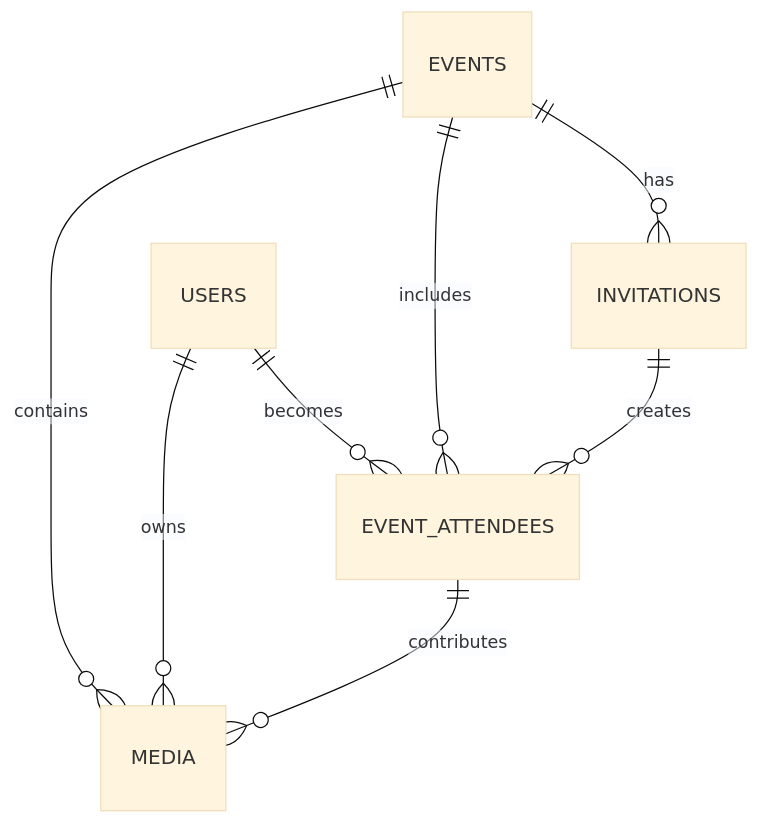
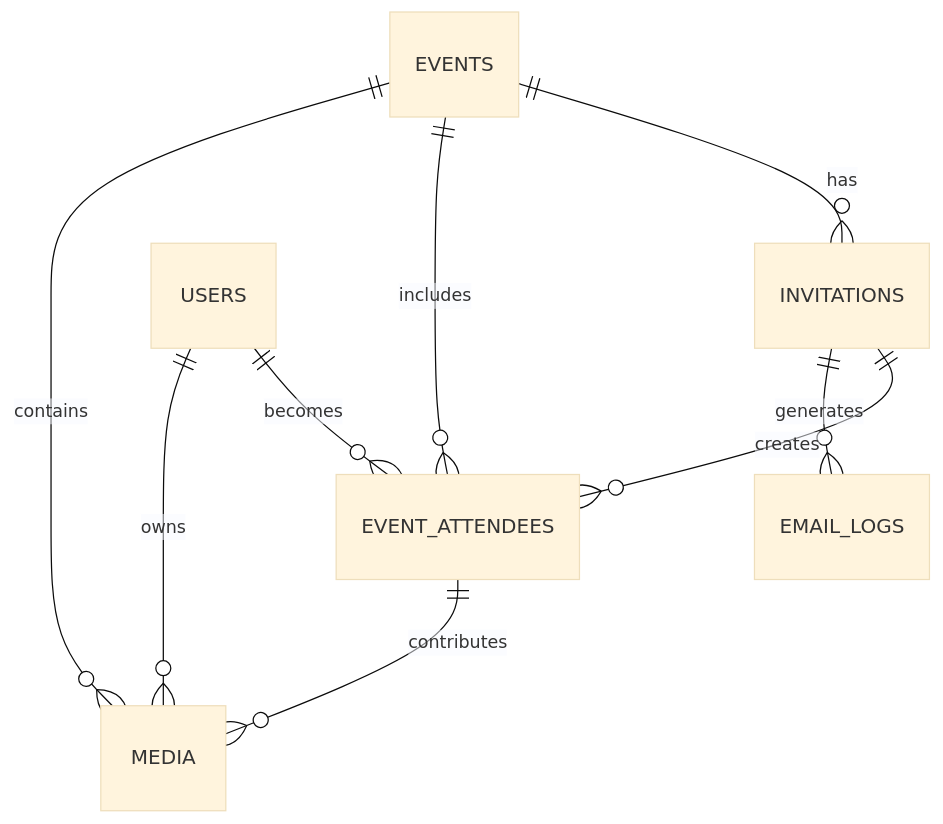
Before and after one commit to mrj0nesmtl/cloud-burst: the diagram in docs/user-flows/invited_user_flow_design_document.md, drawn with Mermaid (base theme). The commit also changed other lines of this file and 42 other files, not shown here.

````diff
--- a/docs/user-flows/invited_user_flow_design_document.md
+++ b/docs/user-flows/invited_user_flow_design_document.md
@@ -324,10 +362,11 @@
 ```mermaid
 erDiagram
     EVENTS ||--o{ INVITATIONS : has
     INVITATIONS ||--o{ EVENT_ATTENDEES : creates
     USERS ||--o{ EVENT_ATTENDEES : becomes
     EVENTS ||--o{ EVENT_ATTENDEES : includes
     EVENT_ATTENDEES ||--o{ MEDIA : contributes
     USERS ||--o{ MEDIA : owns
     EVENTS ||--o{ MEDIA : contains
+    INVITATIONS ||--o{ EMAIL_LOGS : generates
 ```
````
